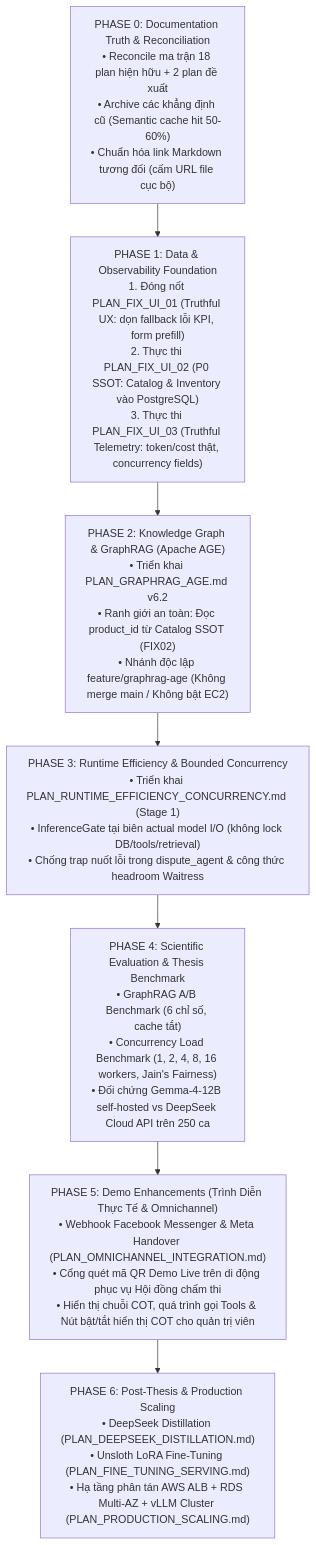
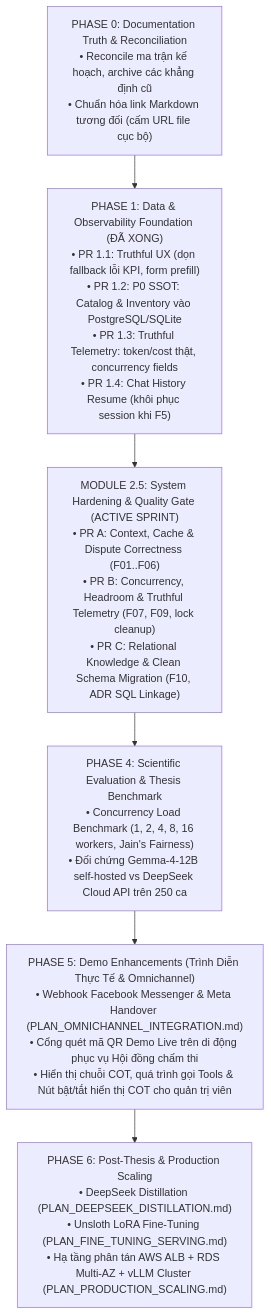
The diagram in docs/PLAN_ROADMAP_INDEX.md (tuteemovaixlong/CSKH_ban_le), drawn with Mermaid before and after one commit. The commit also changed other lines of this file and 4 other files, not shown here.

Commit message:
docs: establish Module 2.5 quality gate and technical plan for PR A

````diff
--- a/docs/PLAN_ROADMAP_INDEX.md
+++ b/docs/PLAN_ROADMAP_INDEX.md
@@ -13,23 +13,20 @@
 ```mermaid
 flowchart TD
-    P0["PHASE 0: Documentation Truth & Reconciliation<br/>• Reconcile ma trận 18 plan hiện hữu + 2 plan đề xuất<br/>• Archive các khẳng định cũ (Semantic cache hit 50-60%)<br/>• Chuẩn hóa link Markdown tương đối (cấm URL file cục bộ)"]
+    P0["PHASE 0: Documentation Truth & Reconciliation<br/>• Reconcile ma trận kế hoạch, archive các khẳng định cũ<br/>• Chuẩn hóa link Markdown tương đối (cấm URL file cục bộ)"]
     
-    P1["PHASE 1: Data & Observability Foundation<br/>1. Đóng nốt PLAN_FIX_UI_01 (Truthful UX: dọn fallback lỗi KPI, form prefill)<br/>2. Thực thi PLAN_FIX_UI_02 (P0 SSOT: Catalog & Inventory vào PostgreSQL)<br/>3. Thực thi PLAN_FIX_UI_03 (Truthful Telemetry: token/cost thật, concurrency fields)"]
+    P1["PHASE 1: Data & Observability Foundation (ĐÃ XONG)<br/>• PR 1.1: Truthful UX (dọn fallback lỗi KPI, form prefill)<br/>• PR 1.2: P0 SSOT: Catalog & Inventory vào PostgreSQL/SQLite<br/>• PR 1.3: Truthful Telemetry: token/cost thật, concurrency fields<br/>• PR 1.4: Chat History Resume (khôi phục session khi F5)"]
     
-    P2["PHASE 2: Knowledge Graph & GraphRAG (Apache AGE)<br/>• Triển khai PLAN_GRAPHRAG_AGE.md v6.2<br/>• Ranh giới an toàn: Đọc product_id từ Catalog SSOT (FIX02)<br/>• Nhánh độc lập feature/graphrag-age (Không merge main / Không bật EC2)"]
+    M25["MODULE 2.5: System Hardening & Quality Gate (ACTIVE SPRINT)<br/>• PR A: Context, Cache & Dispute Correctness (F01..F06)<br/>• PR B: Concurrency, Headroom & Truthful Telemetry (F07, F09, lock cleanup)<br/>• PR C: Relational Knowledge & Clean Schema Migration (F10, ADR SQL Linkage)"]
     
-    P3["PHASE 3: Runtime Efficiency & Bounded Concurrency<br/>• Triển khai PLAN_RUNTIME_EFFICIENCY_CONCURRENCY.md (Stage 1)<br/>• InferenceGate tại biên actual model I/O (không lock DB/tools/retrieval)<br/>• Chống trap nuốt lỗi trong dispute_agent & công thức headroom Waitress"]
-    
-    P4["PHASE 4: Scientific Evaluation & Thesis Benchmark<br/>• GraphRAG A/B Benchmark (6 chỉ số, cache tắt)<br/>• Concurrency Load Benchmark (1, 2, 4, 8, 16 workers, Jain's Fairness)<br/>• Đối chứng Gemma-4-12B self-hosted vs DeepSeek Cloud API trên 250 ca"]
+    P4["PHASE 4: Scientific Evaluation & Thesis Benchmark<br/>• Concurrency Load Benchmark (1, 2, 4, 8, 16 workers, Jain's Fairness)<br/>• Đối chứng Gemma-4-12B self-hosted vs DeepSeek Cloud API trên 250 ca"]
     
     P5["PHASE 5: Demo Enhancements (Trình Diễn Thực Tế & Omnichannel)<br/>• Webhook Facebook Messenger & Meta Handover (PLAN_OMNICHANNEL_INTEGRATION.md)<br/>• Cổng quét mã QR Demo Live trên di động phục vụ Hội đồng chấm thi<br/>• Hiển thị chuỗi COT, quá trình gọi Tools & Nút bật/tắt hiển thị COT cho quản trị viên"]
     
     P6["PHASE 6: Post-Thesis & Production Scaling<br/>• DeepSeek Distillation (PLAN_DEEPSEEK_DISTILLATION.md)<br/>• Unsloth LoRA Fine-Tuning (PLAN_FINE_TUNING_SERVING.md)<br/>• Hạ tầng phân tán AWS ALB + RDS Multi-AZ + vLLM Cluster (PLAN_PRODUCTION_SCALING.md)"]
 
     P0 --> P1
-    P1 --> P2
-    P2 --> P3
-    P3 --> P4
+    P1 --> M25
+    M25 --> P4
     P4 --> P5
     P5 --> P6
 ```
````
